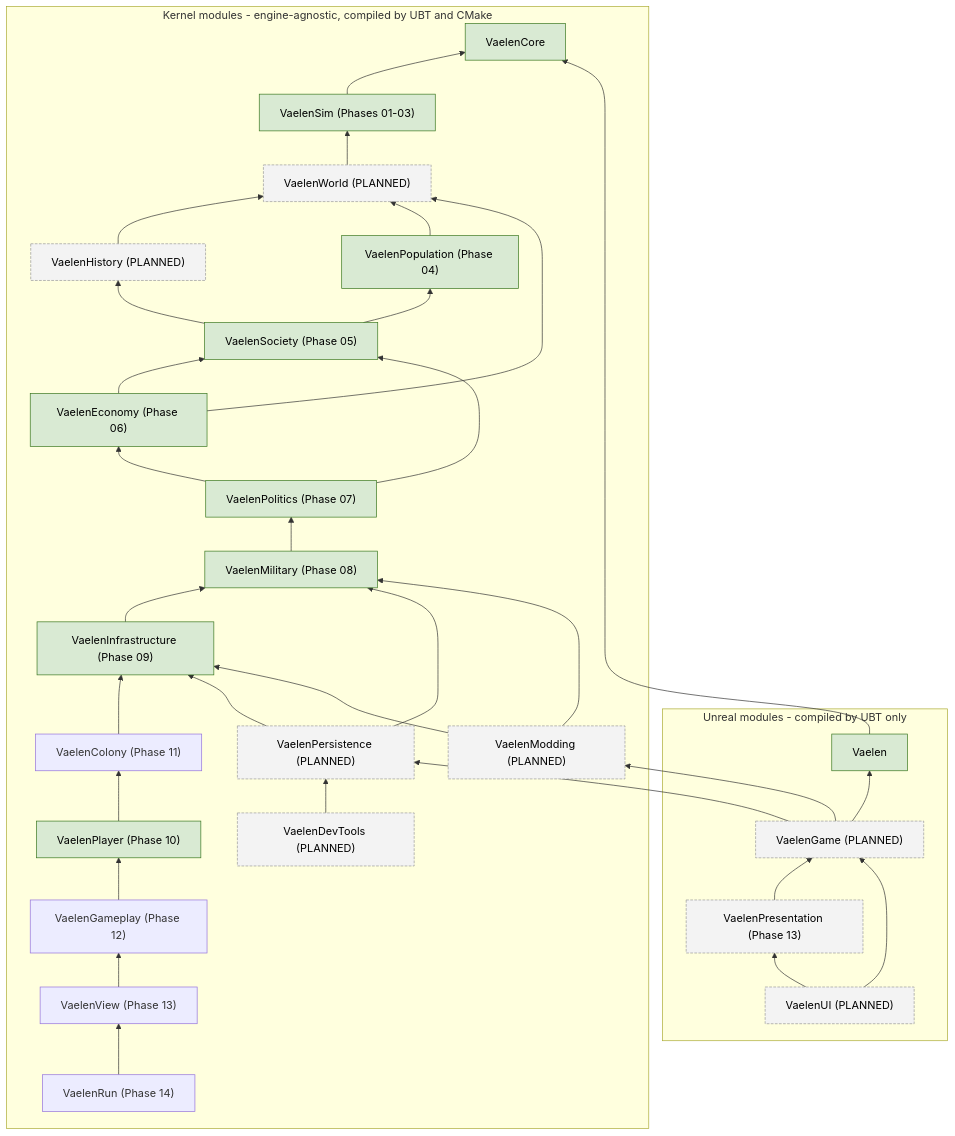
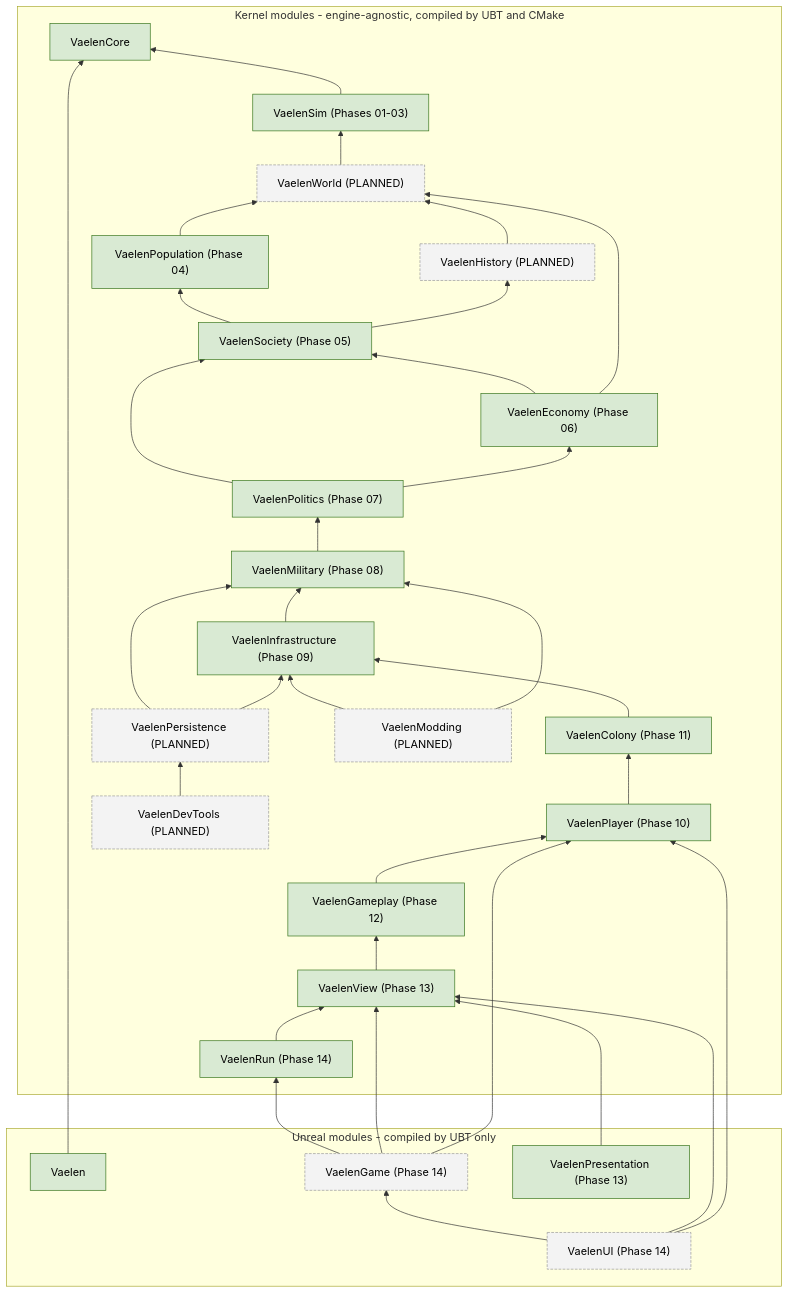
The second of 2 diagrams in Docs/ARCHITECTURE.md (Thomas10112/vaelen), drawn with Mermaid before and after one commit. The commit also changed other lines of this file and 3 other files, not shown here.

````diff
--- a/Docs/ARCHITECTURE.md
+++ b/Docs/ARCHITECTURE.md
@@ -181,65 +181,66 @@
 ```mermaid
 flowchart BT
     subgraph Kernel["Kernel modules - engine-agnostic, compiled by UBT and CMake"]
         Core["VaelenCore"]
         Sim["VaelenSim (Phases 01-03)"]
         World["VaelenWorld (PLANNED)"]
         History["VaelenHistory (PLANNED)"]
         Population["VaelenPopulation (Phase 04)"]
         Society["VaelenSociety (Phase 05)"]
         Economy["VaelenEconomy (Phase 06)"]
         Politics["VaelenPolitics (Phase 07)"]
         Military["VaelenMilitary (Phase 08)"]
         Infrastructure["VaelenInfrastructure (Phase 09)"]
         ColonyMod["VaelenColony (Phase 11)"]
         PlayerMod["VaelenPlayer (Phase 10)"]
         GameplayMod["VaelenGameplay (Phase 12)"]
         ViewMod["VaelenView (Phase 13)"]
         RunMod["VaelenRun (Phase 14)"]
         Persistence["VaelenPersistence (PLANNED)"]
         DevTools["VaelenDevTools (PLANNED)"]
         Modding["VaelenModding (PLANNED)"]
     end
     subgraph Unreal["Unreal modules - compiled by UBT only"]
         Bridge["Vaelen"]
-        Game["VaelenGame (PLANNED)"]
+        Game["VaelenGame (Phase 14)"]
         Presentation["VaelenPresentation (Phase 13)"]
-        UI["VaelenUI (PLANNED)"]
+        UI["VaelenUI (Phase 14)"]
     end
 
     Sim --> Core
     World --> Sim
     History --> World
     Population --> World
     Society --> Population
     Society --> History
     Economy --> Society
     Economy --> World
     Politics --> Society
     Politics --> Economy
     Military --> Politics
     Infrastructure --> Military
     ColonyMod --> Infrastructure
     PlayerMod --> ColonyMod
     GameplayMod --> PlayerMod
     ViewMod --> GameplayMod
     RunMod --> ViewMod
     Persistence --> Military
     Persistence --> Infrastructure
     DevTools --> Persistence
     Modding --> Infrastructure
     Modding --> Military
 
     Bridge --> Core
-    Game --> Bridge
-    Game --> Persistence
-    Game --> Modding
-    Presentation --> Game
-    UI --> Presentation
+    Presentation --> ViewMod
+    Game --> RunMod
+    Game --> ViewMod
+    Game --> PlayerMod
     UI --> Game
+    UI --> ViewMod
+    UI --> PlayerMod
 
     classDef existing fill:#d9ead3,stroke:#38761d,color:#000;
     classDef planned fill:#f3f3f3,stroke:#999,color:#000,stroke-dasharray: 4 2;
-    class Core,Bridge,Sim,Population,Society,Economy,Politics,Military,Infrastructure,PlayerMod existing;
-    class World,History,Persistence,DevTools,Modding,Game,Presentation,UI planned;
+    class Core,Bridge,Sim,Population,Society,Economy,Politics,Military,Infrastructure,ColonyMod,PlayerMod,GameplayMod,ViewMod,RunMod,Presentation existing;
+    class World,History,Persistence,DevTools,Modding,Game,UI planned;
 ```
````
